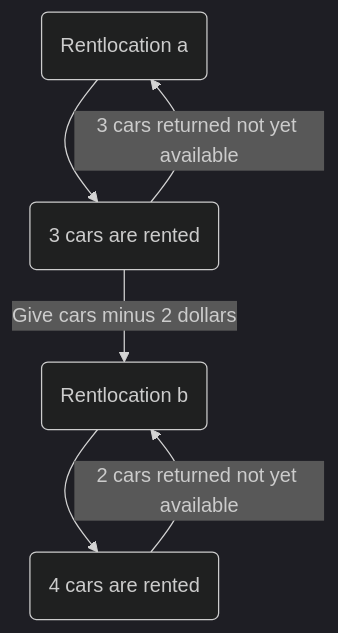
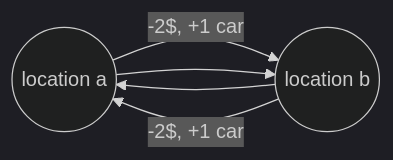
The diagram in week_5/luha.md (lucasfth/introduction-to-artificial-intelligence), drawn with Mermaid (dark theme) before and after one commit. The commit also changed other lines of this file, not shown here.

````diff
--- a/week_5/luha.md
+++ b/week_5/luha.md
@@ -38,9 +32,7 @@
 ```mermaid
-flowchart TD
-    a(Rentlocation a) --> renta(3 cars are rented)
-    b(Rentlocation b) --> rentb(4 cars are rented)
-    renta -- Give cars minus 2 dollars --> b
-    renta -- 3 cars returned not yet available --> a
-    rentb -- 2 cars returned not yet available --> b
-
+flowchart LR
+  a((location a)) -- -2$, +1 car --> b((location b))
+  a --> b
+  b --> a
+  b -- -2$, +1 car --> a
 ```
````
